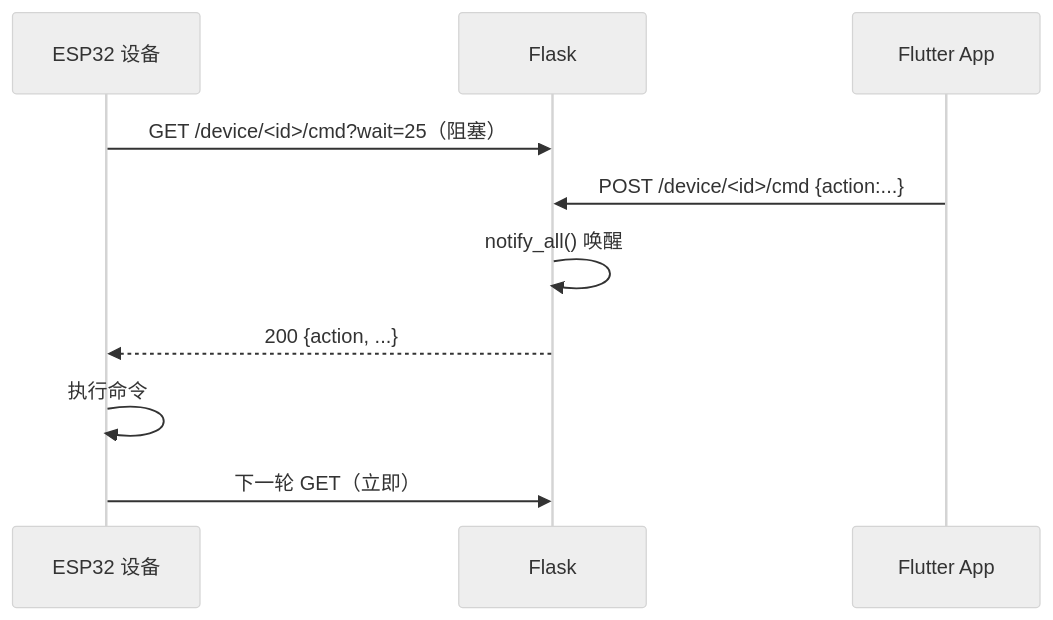
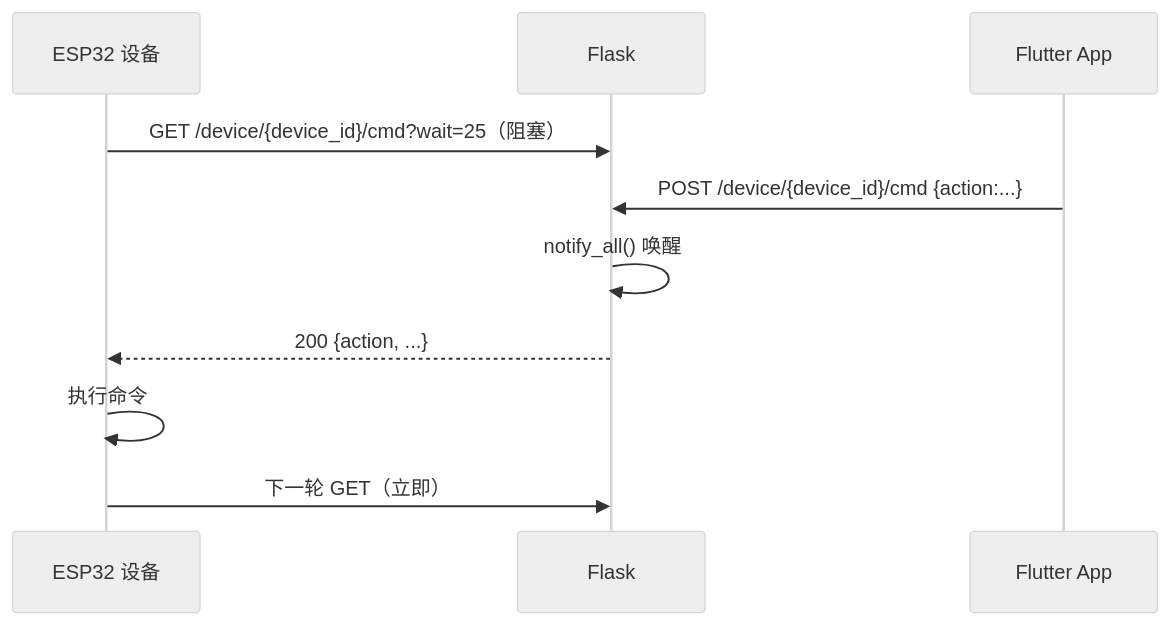
The eighth of 10 diagrams in README.md (ch308/ADHD_Monitor), drawn with Mermaid (neutral theme) before and after one commit. The commit also changed other lines of this file, not shown here.

````diff
--- a/README.md
+++ b/README.md
@@ -327,13 +327,13 @@
 ```mermaid
 sequenceDiagram
     participant Device as ESP32 设备
     participant Flask
     participant App as Flutter App
 
-    Device->>Flask: GET /device/<id>/cmd?wait=25（阻塞）
-    App->>Flask: POST /device/<id>/cmd {action:...}
+    Device->>Flask: GET /device/{device_id}/cmd?wait=25（阻塞）
+    App->>Flask: POST /device/{device_id}/cmd {action:...}
     Flask->>Flask: notify_all() 唤醒
     Flask-->>Device: 200 {action, ...}
     Device->>Device: 执行命令
     Device->>Flask: 下一轮 GET（立即）
 ```
````
